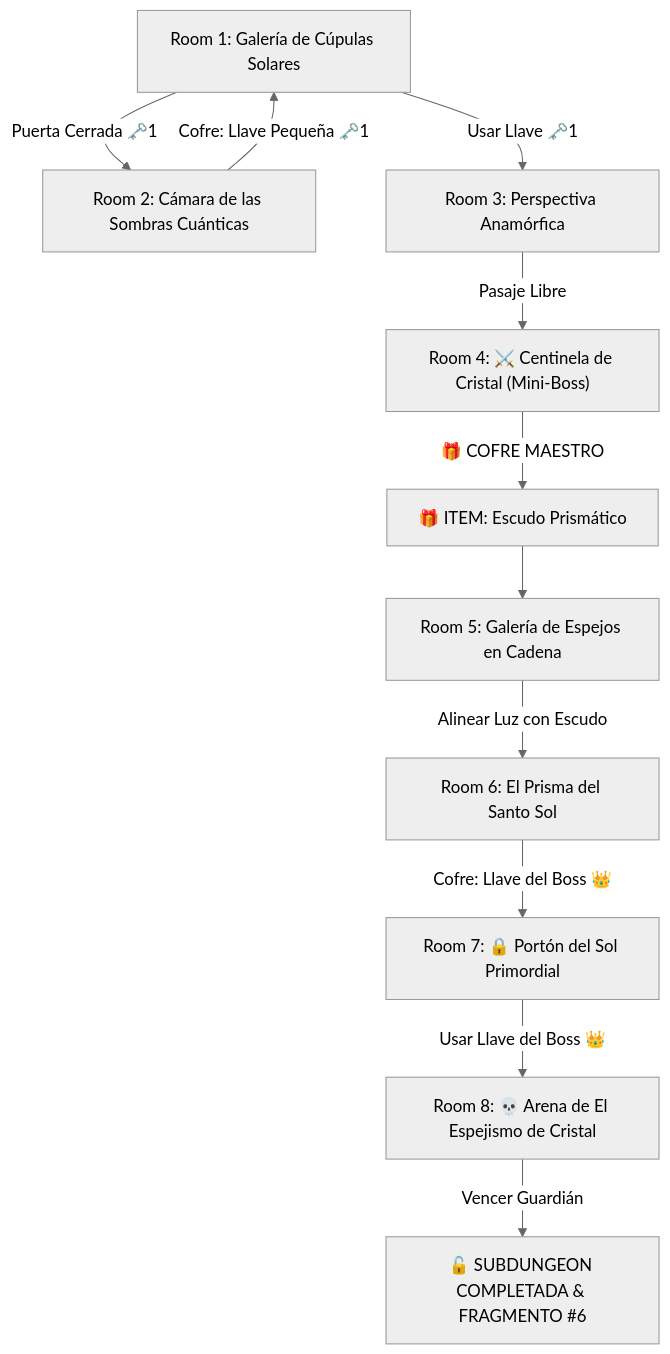
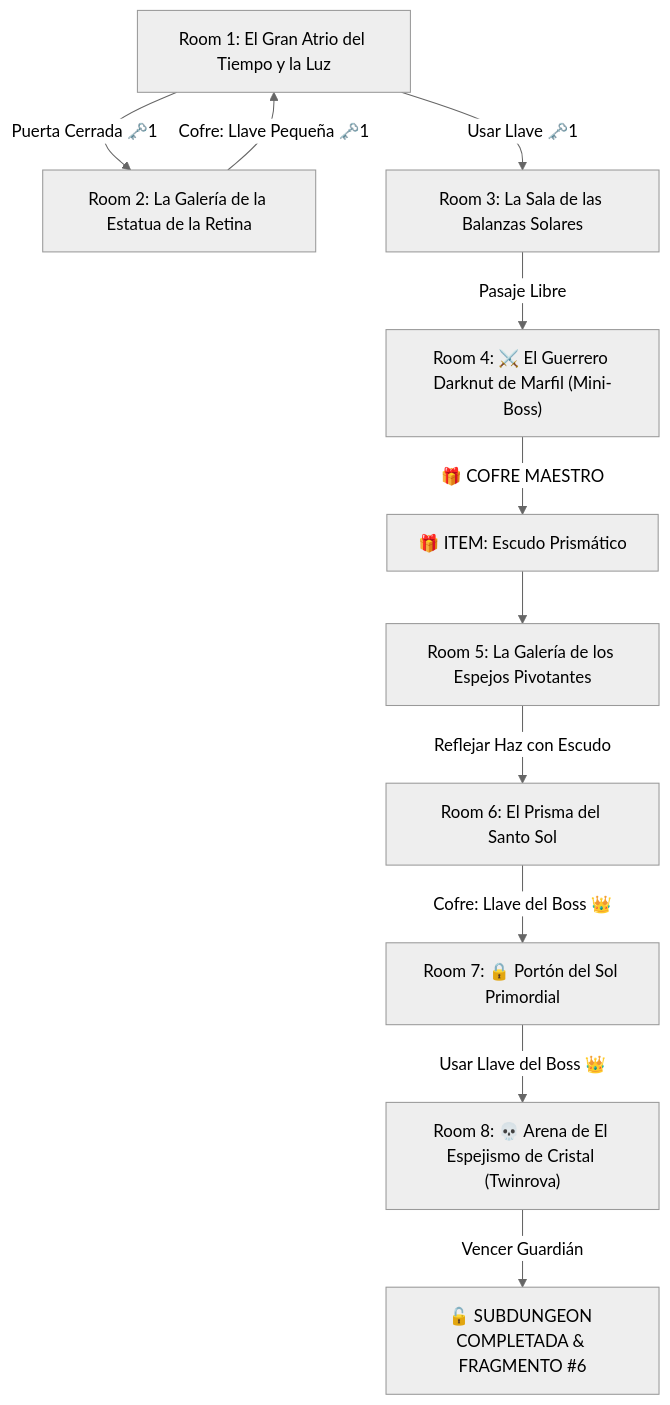
One commit to linkmati/ShivathLyss changed the diagram in 7 - DM/OneShots/ARepeat/Subdungeons/06_Subdungeon_Luz_Santuario.md. Above: the diagram before and after it, drawn with Mermaid (neutral theme). The commit also changed other lines of this file and 22 other files, not shown here.

````diff
--- a/7 - DM/OneShots/ARepeat/Subdungeons/06_Subdungeon_Luz_Santuario.md
+++ b/7 - DM/OneShots/ARepeat/Subdungeons/06_Subdungeon_Luz_Santuario.md
@@ -13,13 +14,13 @@
 ```mermaid
 graph TD
-    S1["Room 1: Galería de Cúpulas Solares"] -->|Puerta Cerrada 🗝️1| S2["Room 2: Cámara de las Sombras Cuánticas"]
+    S1["Room 1: El Gran Atrio del Tiempo y la Luz"] -->|Puerta Cerrada 🗝️1| S2["Room 2: La Galería de la Estatua de la Retina"]
     S2 -->|Cofre: Llave Pequeña 🗝️1| S1
-    S1 -->|Usar Llave 🗝️1| S3["Room 3: Perspectiva Anamórfica"]
-    S3 -->|Pasaje Libre| S4["Room 4: ⚔️ Centinela de Cristal (Mini-Boss)"]
+    S1 -->|Usar Llave 🗝️1| S3["Room 3: La Sala de las Balanzas Solares"]
+    S3 -->|Pasaje Libre| S4["Room 4: ⚔️ El Guerrero Darknut de Marfil (Mini-Boss)"]
     S4 -->|🎁 COFRE MAESTRO| Item["🎁 ITEM: Escudo Prismático"]
-    Item --> S5["Room 5: Galería de Espejos en Cadena"]
-    S5 -->|Alinear Luz con Escudo| S6["Room 6: El Prisma del Santo Sol"]
+    Item --> S5["Room 5: La Galería de los Espejos Pivotantes"]
+    S5 -->|Reflejar Haz con Escudo| S6["Room 6: El Prisma del Santo Sol"]
     S6 -->|Cofre: Llave del Boss 👑| S7["Room 7: 🔒 Portón del Sol Primordial"]
-    S7 -->|Usar Llave del Boss 👑| S8["Room 8: 💀 Arena de El Espejismo de Cristal"]
+    S7 -->|Usar Llave del Boss 👑| S8["Room 8: 💀 Arena de El Espejismo de Cristal (Twinrova)"]
     S8 -->|Vencer Guardián| Win["🔓 SUBDUNGEON COMPLETADA & FRAGMENTO #6"]
 ```
````
